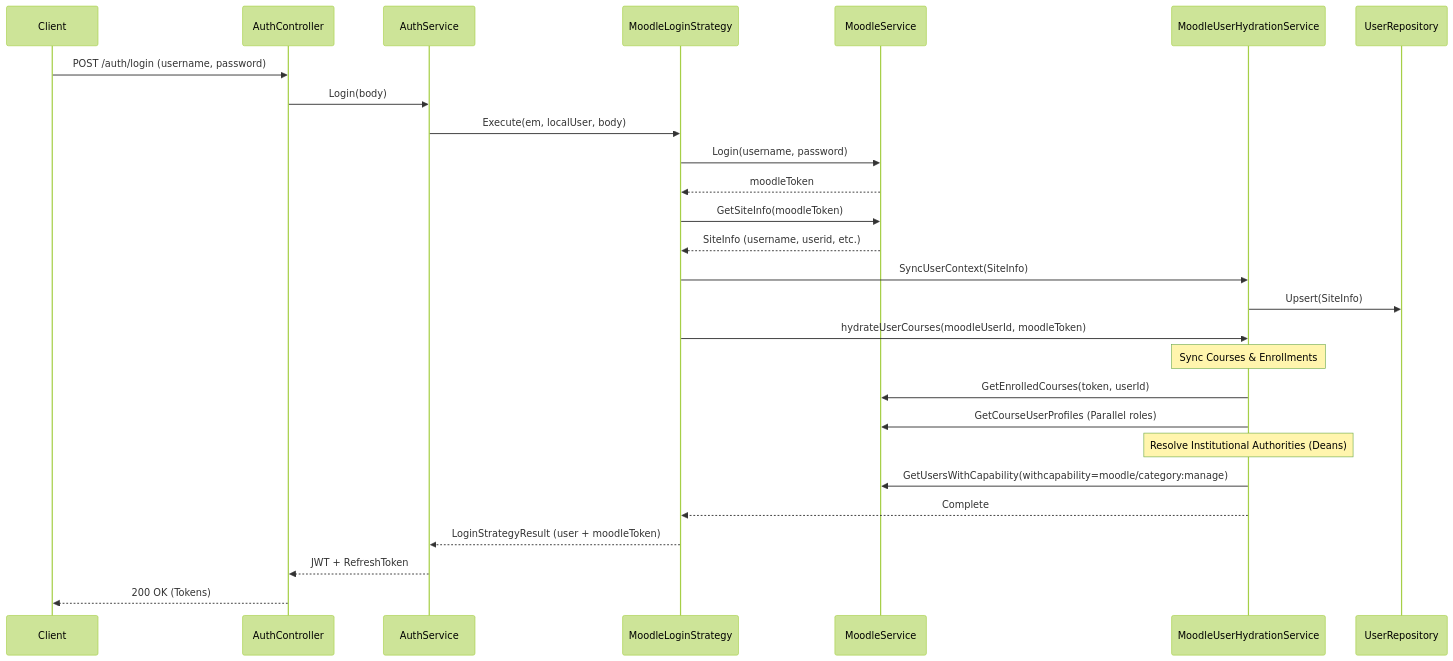
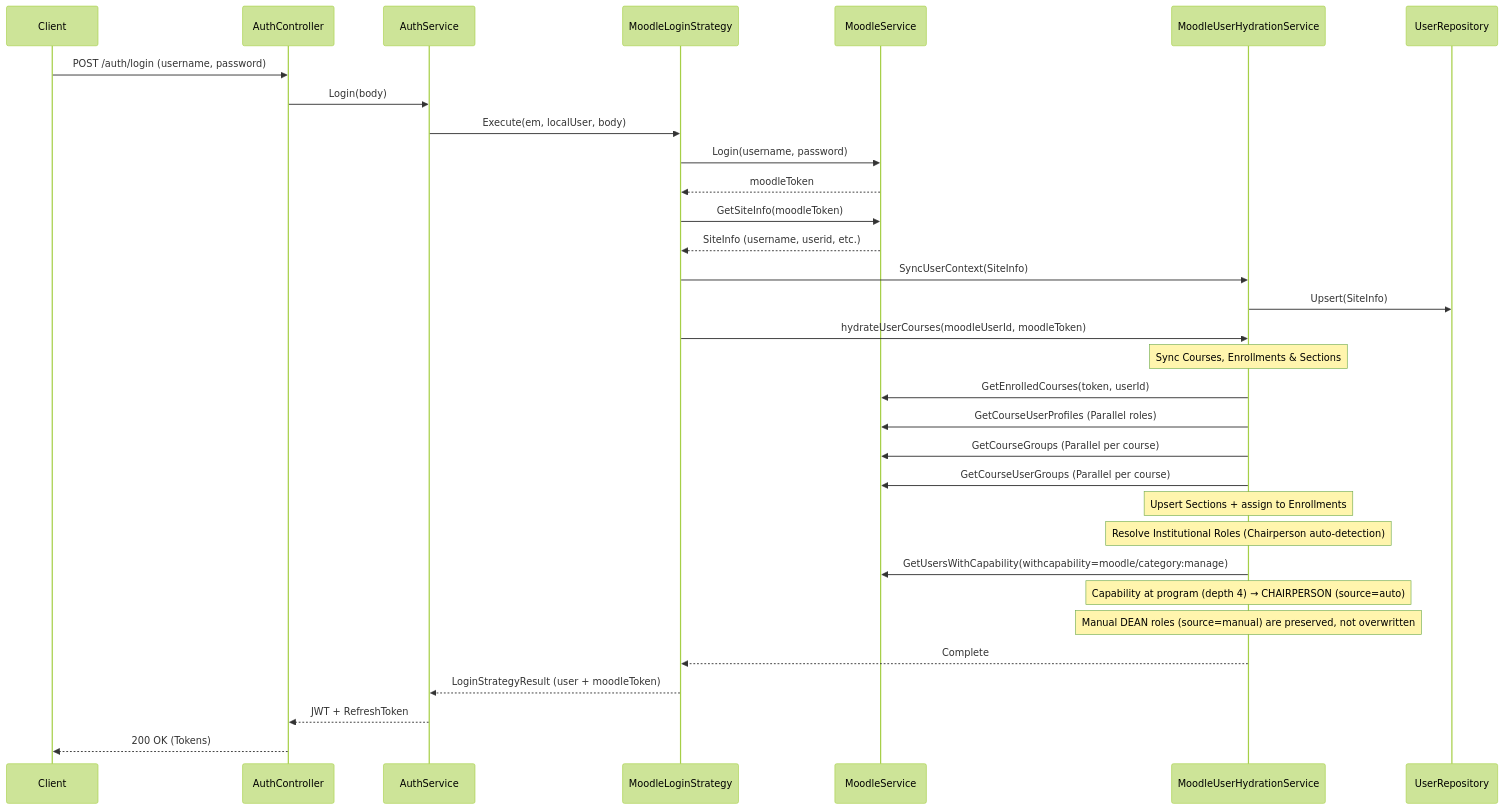
The second of 2 diagrams in content/docs/workflows/auth-hydration.mdx (CtrlAltElite-Devs/docs.dev.faculytics), drawn with Mermaid (forest theme) before and after one commit. The commit also changed other lines of this file and 10 other files, not shown here.

````diff
--- a/content/docs/workflows/auth-hydration.mdx
+++ b/content/docs/workflows/auth-hydration.mdx
@@ -38,33 +38,39 @@
 ```mermaid
 sequenceDiagram
     participant Client
     participant AuthController
     participant AuthService
     participant MoodleLoginStrategy
     participant MoodleService
     participant MoodleUserHydrationService
     participant UserRepository
 
     Client->>AuthController: POST /auth/login (username, password)
     AuthController->>AuthService: Login(body)
     AuthService->>MoodleLoginStrategy: Execute(em, localUser, body)
     MoodleLoginStrategy->>MoodleService: Login(username, password)
     MoodleService-->>MoodleLoginStrategy: moodleToken
     MoodleLoginStrategy->>MoodleService: GetSiteInfo(moodleToken)
     MoodleService-->>MoodleLoginStrategy: SiteInfo (username, userid, etc.)
     MoodleLoginStrategy->>MoodleUserHydrationService: SyncUserContext(SiteInfo)
     MoodleUserHydrationService->>UserRepository: Upsert(SiteInfo)
     MoodleLoginStrategy->>MoodleUserHydrationService: hydrateUserCourses(moodleUserId, moodleToken)
 
-    Note over MoodleUserHydrationService: Sync Courses & Enrollments
+    Note over MoodleUserHydrationService: Sync Courses, Enrollments & Sections
     MoodleUserHydrationService->>MoodleService: GetEnrolledCourses(token, userId)
     MoodleUserHydrationService->>MoodleService: GetCourseUserProfiles (Parallel roles)
+    MoodleUserHydrationService->>MoodleService: GetCourseGroups (Parallel per course)
+    MoodleUserHydrationService->>MoodleService: GetCourseUserGroups (Parallel per course)
 
-    Note over MoodleUserHydrationService: Resolve Institutional Authorities (Deans)
+    Note over MoodleUserHydrationService: Upsert Sections + assign to Enrollments
+
+    Note over MoodleUserHydrationService: Resolve Institutional Roles (Chairperson auto-detection)
     MoodleUserHydrationService->>MoodleService: GetUsersWithCapability(withcapability=moodle/category:manage)
+    Note over MoodleUserHydrationService: Capability at program (depth 4) → CHAIRPERSON (source=auto)
+    Note over MoodleUserHydrationService: Manual DEAN roles (source=manual) are preserved, not overwritten
 
     MoodleUserHydrationService-->>MoodleLoginStrategy: Complete
     MoodleLoginStrategy-->>AuthService: LoginStrategyResult (user + moodleToken)
     AuthService-->>AuthController: JWT + RefreshToken
     AuthController-->>Client: 200 OK (Tokens)
 ```
````
